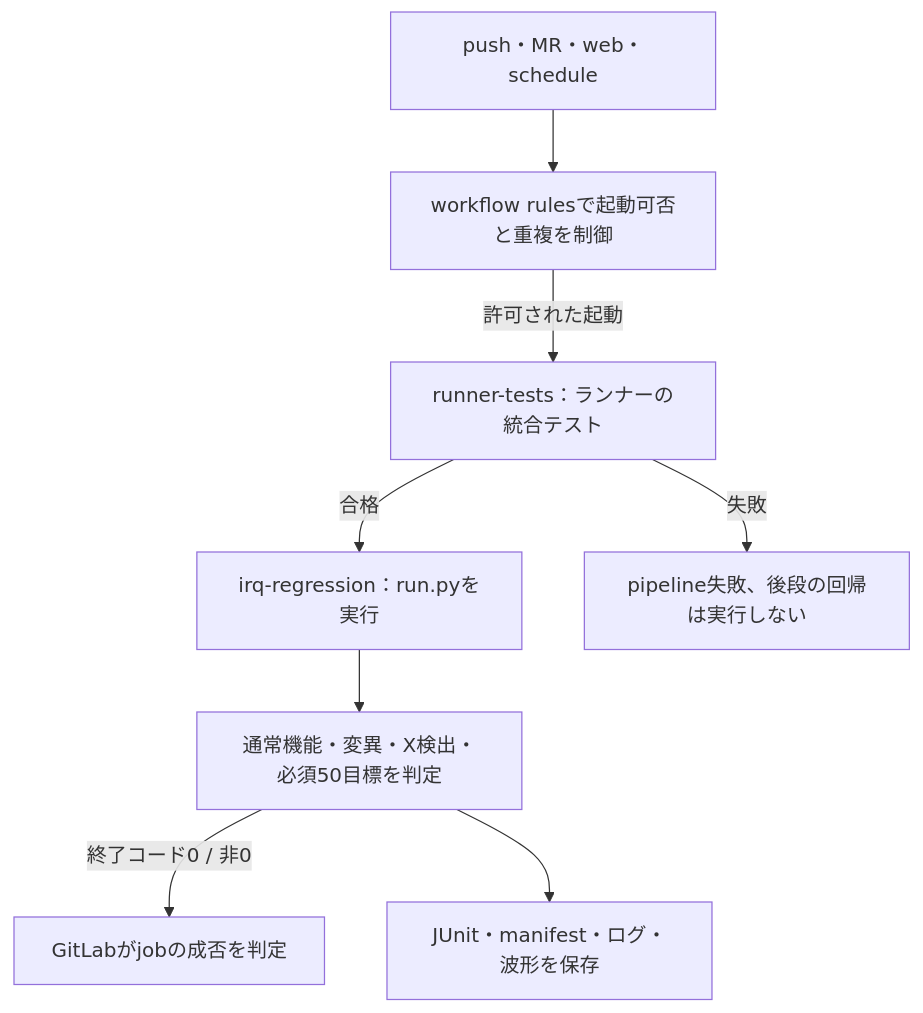
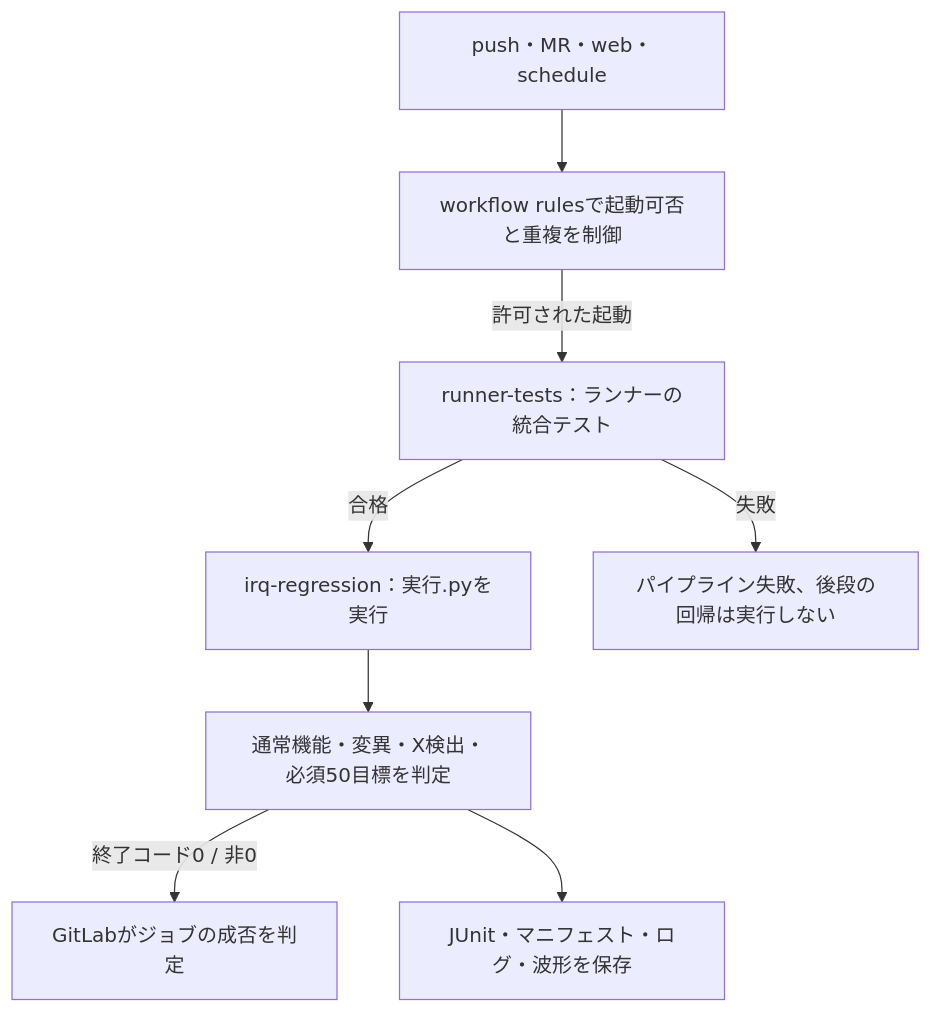
One commit to kurochan001/lsi-verification-method changed the diagram in examples/gitlab-regression/README.md. Above: the diagram before and after it, drawn with Mermaid. The commit also changed other lines of this file and 26 other files, not shown here.

````diff
--- a/examples/gitlab-regression/README.md
+++ b/examples/gitlab-regression/README.md
@@ -76,12 +76,12 @@
 ```mermaid
 flowchart TD
   accTitle: GitLabの回帰例のジョブと判定の流れ
   accDescr: workflowが許可した起動でランナー確認を実行し、その合格後にIRQ回帰を実行する。回帰は終了コードとJUnit、証跡をGitLabへ渡す。
   T["push・MR・web・schedule"] --> W["workflow rulesで起動可否と重複を制御"]
   W -- "許可された起動" --> V["runner-tests：ランナーの統合テスト"]
-  V -- "合格" --> R["irq-regression：run.pyを実行"]
-  V -- "失敗" --> F["pipeline失敗、後段の回帰は実行しない"]
+  V -- "合格" --> R["irq-regression：実行.pyを実行"]
+  V -- "失敗" --> F["パイプライン失敗、後段の回帰は実行しない"]
   R --> G["通常機能・変異・X検出・必須50目標を判定"]
-  G -- "終了コード0 / 非0" --> J["GitLabがjobの成否を判定"]
-  G --> A["JUnit・manifest・ログ・波形を保存"]
+  G -- "終了コード0 / 非0" --> J["GitLabがジョブの成否を判定"]
+  G --> A["JUnit・マニフェスト・ログ・波形を保存"]
 ```
````
